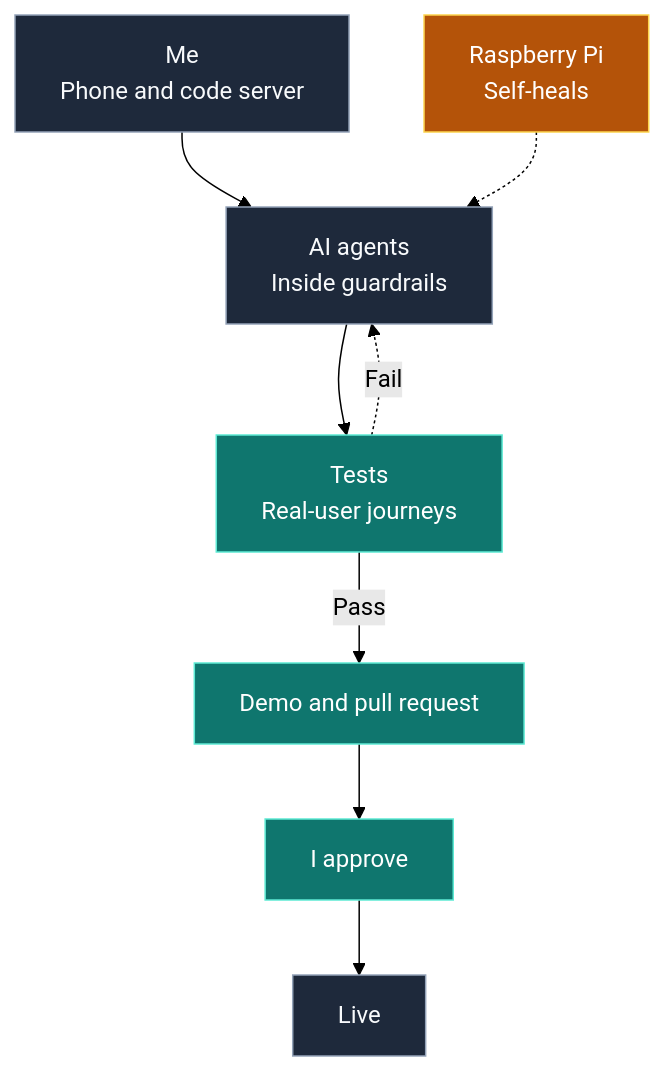
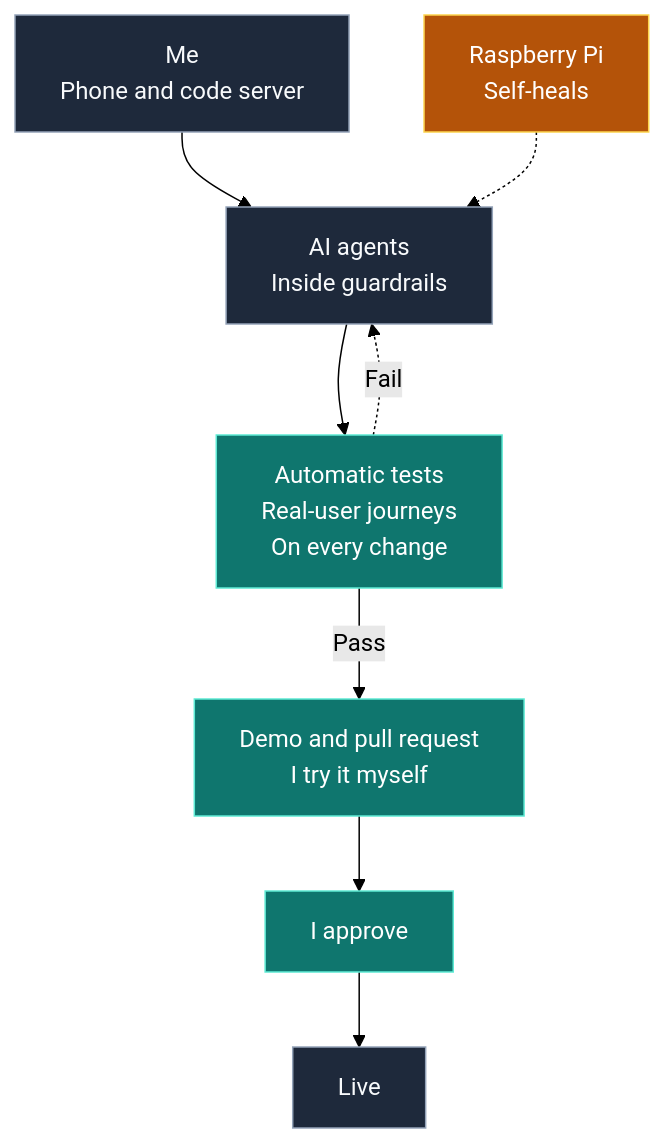
One commit to murilobellatini/murilobellatini changed the first of 2 diagrams in README.md. Above: the diagram before and after it, drawn with Mermaid (forest theme). The commit also changed other lines of this file and 1 other file, not shown here.

Commit message:
docs: make clear tests are automatic and I test too

````diff
--- a/README.md
+++ b/README.md
@@ -132,18 +132,18 @@
 ```mermaid
 flowchart TD
     ME[Me<br>Phone and code server] --> AG[AI agents<br>Inside guardrails]
-    AG --> T[Tests<br>Real-user journeys]
-    T -- Pass --> PR[Demo and pull request]
+    AG --> T[Automatic tests<br>Real-user journeys<br>On every change]
+    T -- Pass --> PR[Demo and pull request<br>I try it myself]
     T -. Fail .-> AG
     PR --> OK[I approve]
     OK --> LIVE[Live]
 
     PI[Raspberry Pi<br>Self-heals] -.-> AG
 
     classDef flow fill:#1e293b,stroke:#94a3b8,color:#f8fafc;
     classDef gate fill:#0f766e,stroke:#5eead4,color:#ffffff;
     classDef pi fill:#b45309,stroke:#fcd34d,color:#ffffff;
     class ME,AG,LIVE flow;
     class T,PR,OK gate;
     class PI pi;
 ```
````
